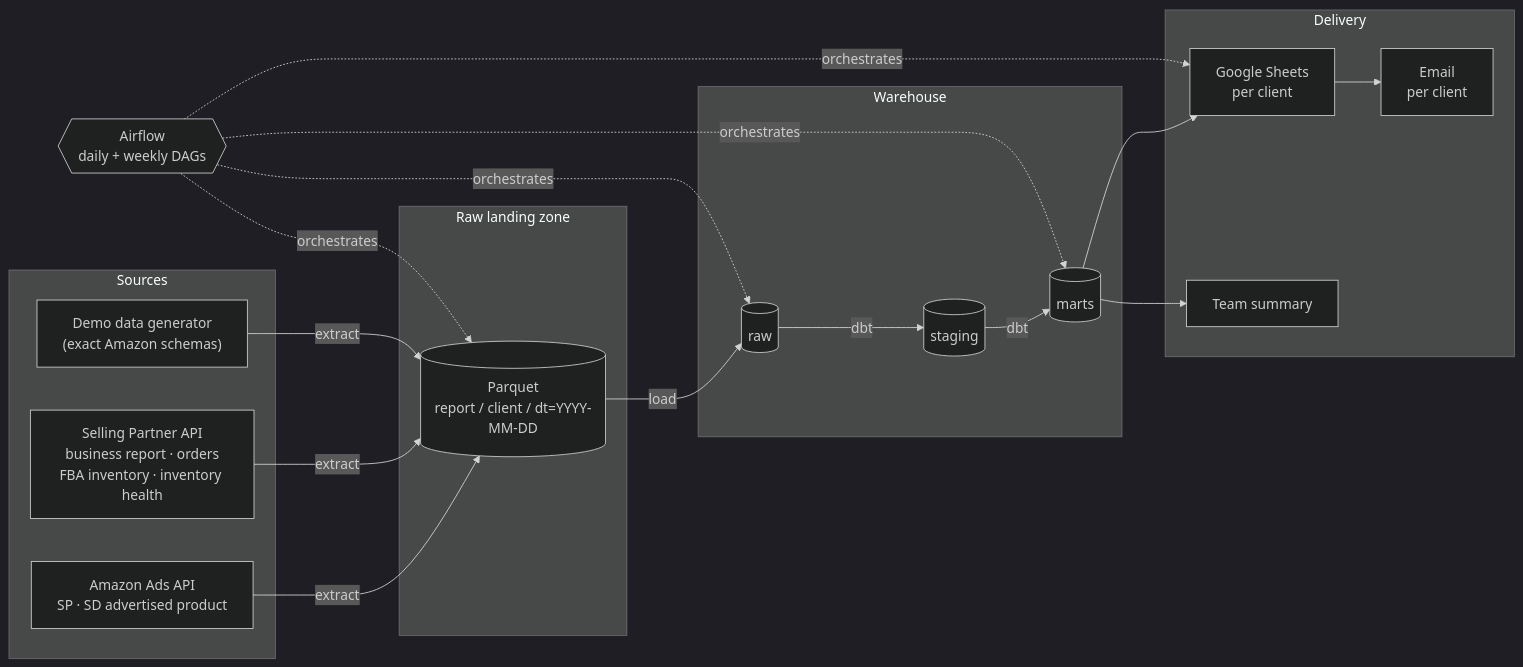
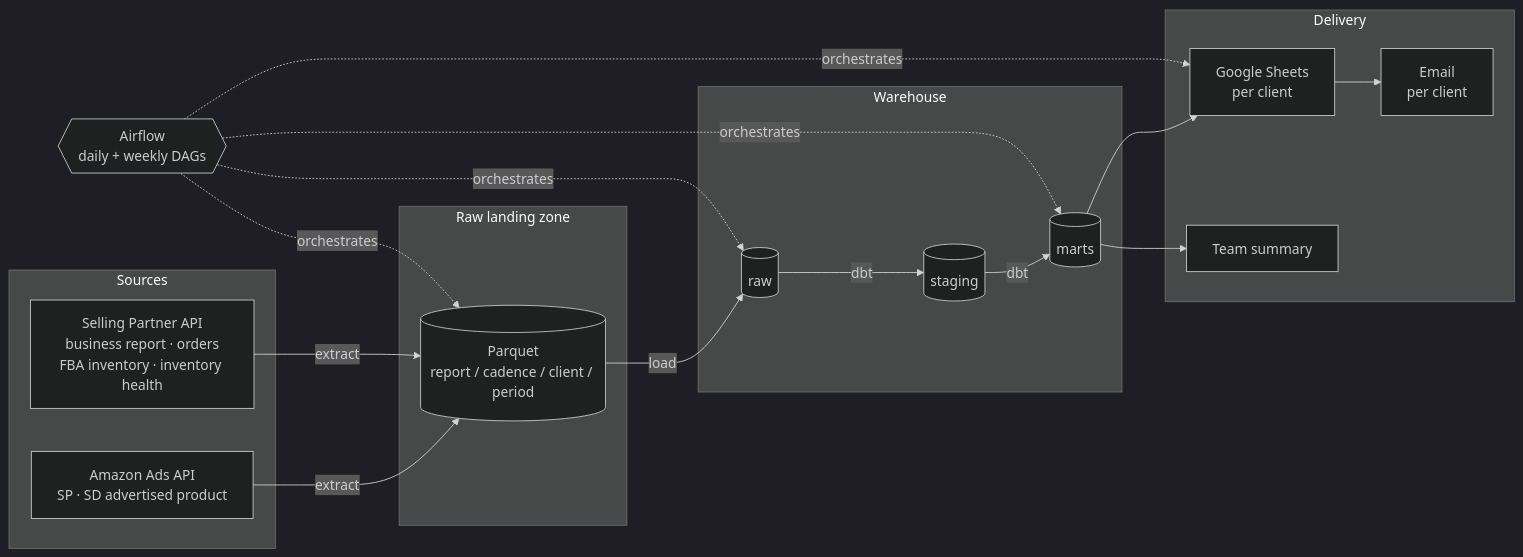
Before and after one commit to Jyoti-op/amazon-ads-elt-platform: the first of 2 diagrams in README.md, drawn with Mermaid (dark theme). The commit also changed other lines of this file, not shown here.

````diff
--- a/README.md
+++ b/README.md
@@ -38,32 +38,31 @@
 ```mermaid
 flowchart LR
     subgraph SRC["Sources"]
         A1["Amazon Ads API<br/>SP · SD advertised product"]
         A2["Selling Partner API<br/>business report · orders<br/>FBA inventory · inventory health"]
-        G["Demo data generator<br/>(exact Amazon schemas)"]
     end
 
     subgraph LAND["Raw landing zone"]
-        R[("Parquet<br/>report / client / dt=YYYY-MM-DD")]
+        R[("Parquet<br/>report / cadence / client / period")]
     end
 
     subgraph WH["Warehouse"]
         RAW[("raw")]
         STG[("staging")]
         MART[("marts")]
     end
 
     subgraph OUT["Delivery"]
         S["Google Sheets<br/>per client"]
         E["Email<br/>per client"]
         T["Team summary"]
     end
 
-    A1 & A2 & G -->|extract| R
+    A1 & A2 -->|extract| R
     R -->|load| RAW
     RAW -->|dbt| STG -->|dbt| MART
     MART --> S --> E
     MART --> T
 
     AF{{"Airflow<br/>daily + weekly DAGs"}} -.orchestrates.-> R & RAW & MART & S
 ```
````
